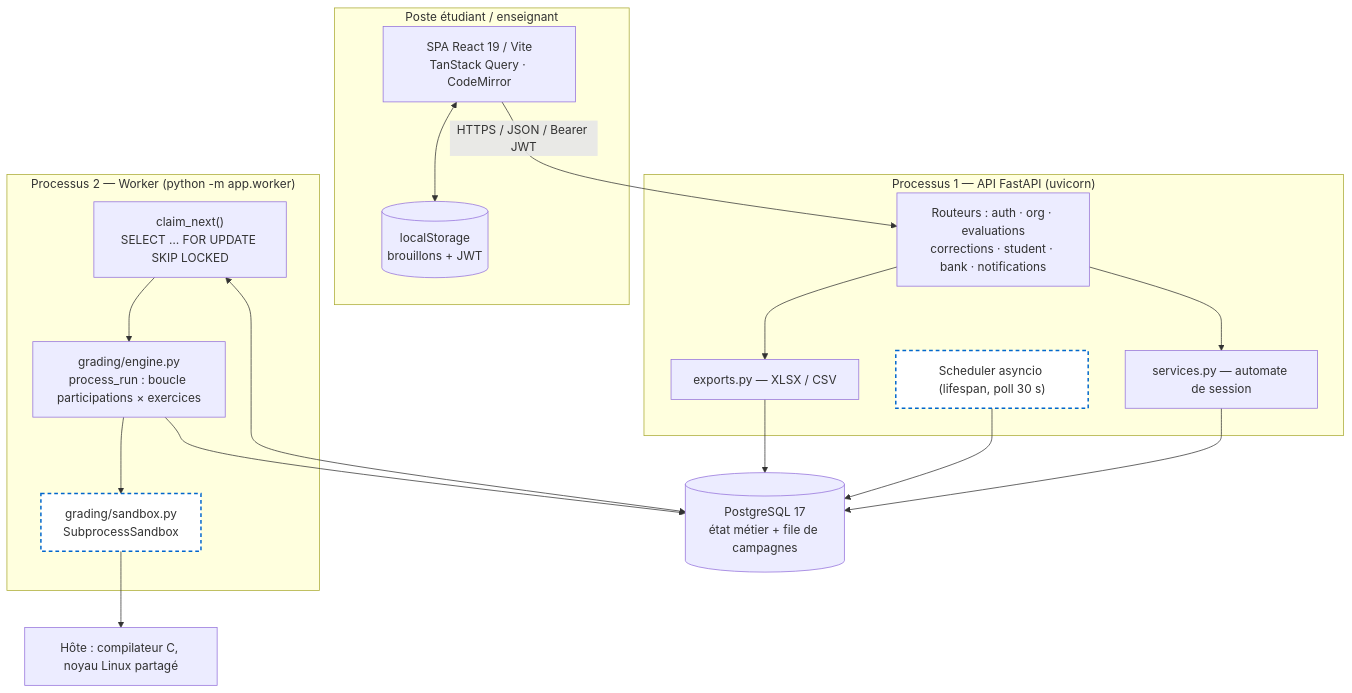
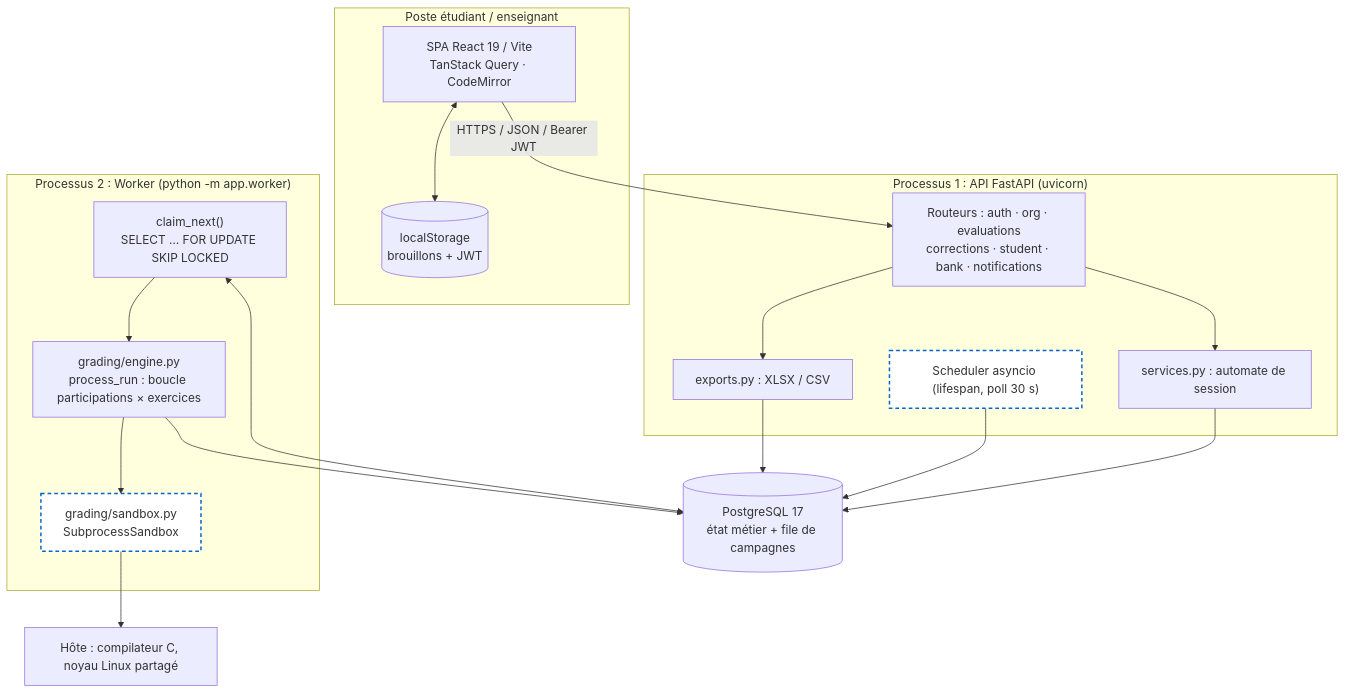
One commit to dagbokady/CodEval changed the first of 9 diagrams in docs/recherche/CodEval-Architecture-Research.md. Above: the diagram before and after it, drawn with Mermaid. The commit also changed other lines of this file and 88 other files, not shown here.

````diff
--- a/docs/recherche/CodEval-Architecture-Research.md
+++ b/docs/recherche/CodEval-Architecture-Research.md
@@ -258,39 +258,39 @@
 ```mermaid
 graph TB
   subgraph NAV["Poste étudiant / enseignant"]
     SPA["SPA React 19 / Vite<br/>TanStack Query · CodeMirror"]
     LS[("localStorage<br/>brouillons + JWT")]
     SPA <--> LS
   end
 
-  subgraph API_P["Processus 1 — API FastAPI (uvicorn)"]
+  subgraph API_P["Processus 1 : API FastAPI (uvicorn)"]
     RT["Routeurs : auth · org · evaluations<br/>corrections · student · bank · notifications"]
-    SVC["services.py — automate de session"]
+    SVC["services.py : automate de session"]
     SCH["Scheduler asyncio (lifespan, poll 30 s)"]
-    EXP["exports.py — XLSX / CSV"]
+    EXP["exports.py : XLSX / CSV"]
     RT --> SVC
     RT --> EXP
   end
 
   DB[("PostgreSQL 17<br/>état métier + file de campagnes")]
 
-  subgraph WK["Processus 2 — Worker (python -m app.worker)"]
+  subgraph WK["Processus 2 : Worker (python -m app.worker)"]
     CLAIM["claim_next()<br/>SELECT … FOR UPDATE SKIP LOCKED"]
     ENG["grading/engine.py<br/>process_run : boucle participations × exercices"]
     SBX["grading/sandbox.py<br/>SubprocessSandbox"]
     CLAIM --> ENG --> SBX
   end
 
   HOST["Hôte : compilateur C, noyau Linux partagé"]
 
   SPA -- "HTTPS / JSON / Bearer JWT" --> RT
   SVC --> DB
   SCH --> DB
   EXP --> DB
   CLAIM <--> DB
   ENG --> DB
   SBX --> HOST
 
   classDef weak fill:#ffffff,stroke:#0066cc,stroke-width:2px,stroke-dasharray:5 4;
   class SBX,SCH weak;
 ```
````
